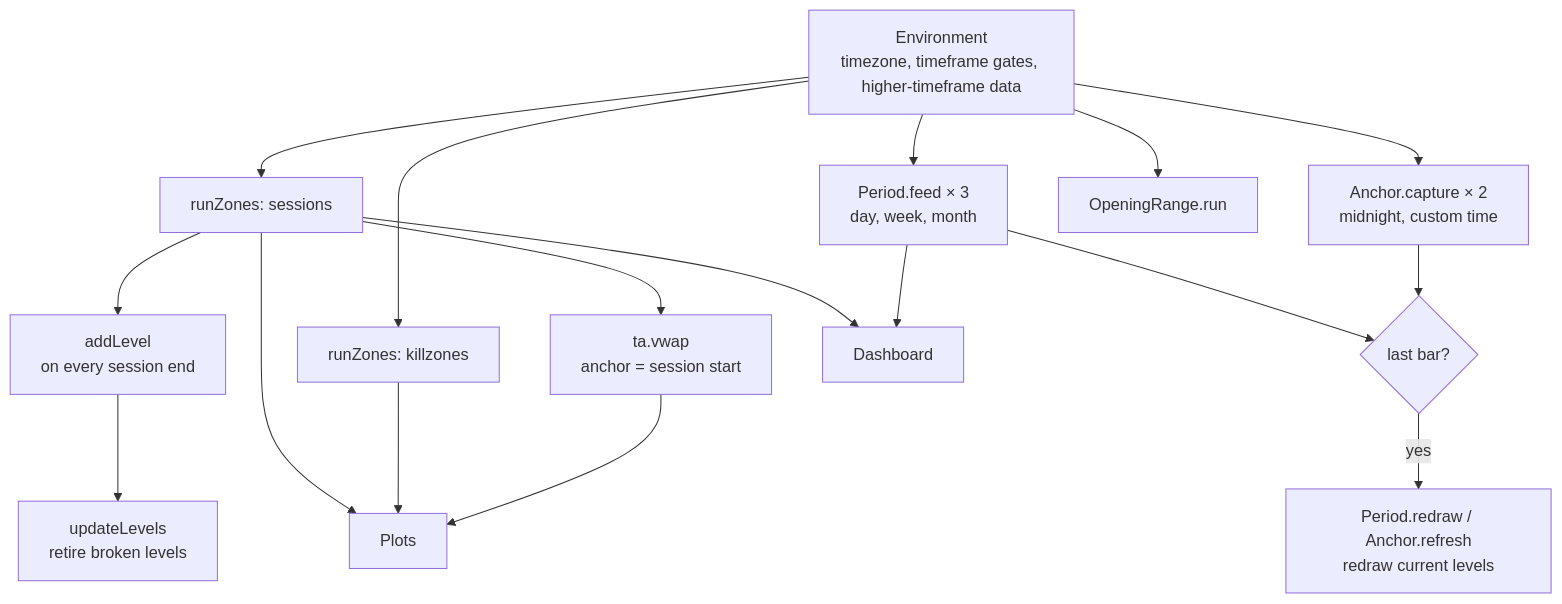
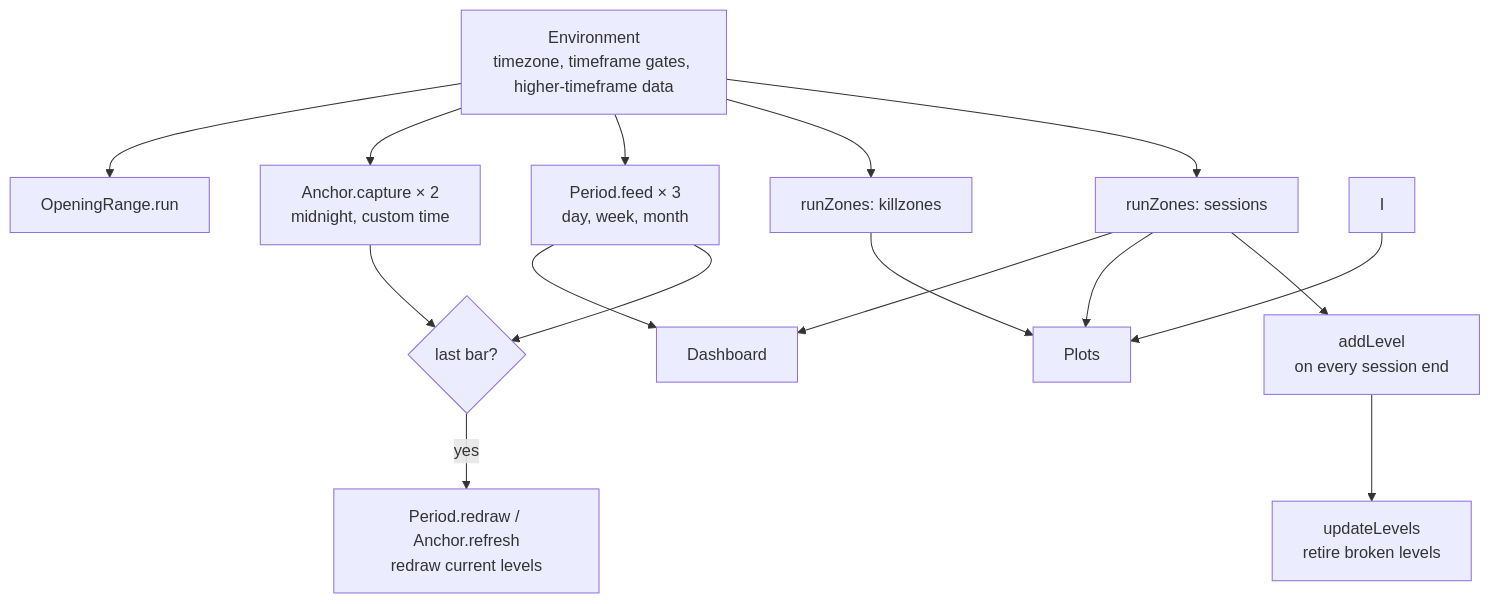
Before and after one commit to DmytroPalahin/sessions-indicator: the diagram in docs/ARCHITECTURE.md, drawn with Mermaid. The commit also changed other lines of this file and 10 other files, not shown here.

First line of the commit message:
docs: follow the removal of the session VWAP

````diff
--- a/docs/ARCHITECTURE.md
+++ b/docs/ARCHITECTURE.md
@@ -39,19 +39,18 @@
 ```mermaid
 flowchart TD
     A[Environment<br/>timezone, timeframe gates, higher-timeframe data] --> B[runZones: sessions]
     A --> C[runZones: killzones]
     B --> D[addLevel<br/>on every session end]
     D --> E[updateLevels<br/>retire broken levels]
     A --> F[Period.feed × 3<br/>day, week, month]
     A --> G[Anchor.capture × 2<br/>midnight, custom time]
     A --> H[OpeningRange.run]
-    B --> I[ta.vwap<br/>anchor = session start]
     F --> J{last bar?}
     G --> J
     J -- yes --> K[Period.redraw / Anchor.refresh<br/>redraw current levels]
     B --> L[Plots]
     C --> L
     I --> L
     B --> M[Dashboard]
     F --> M
 ```
````
